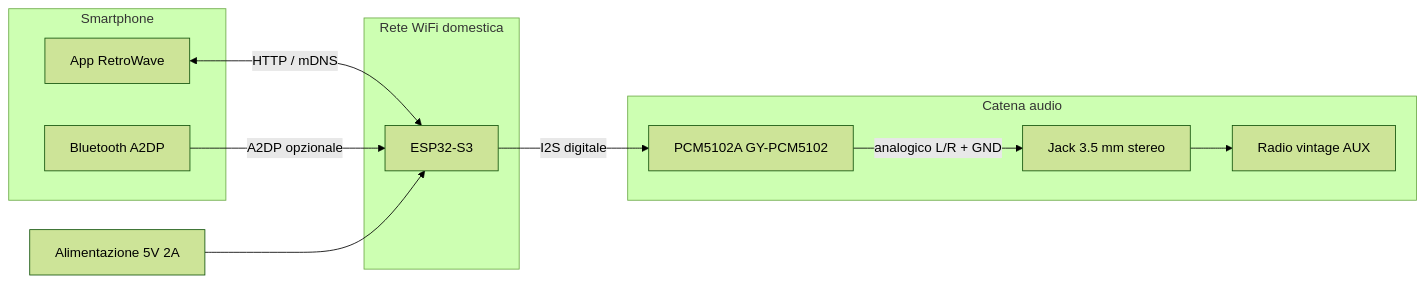
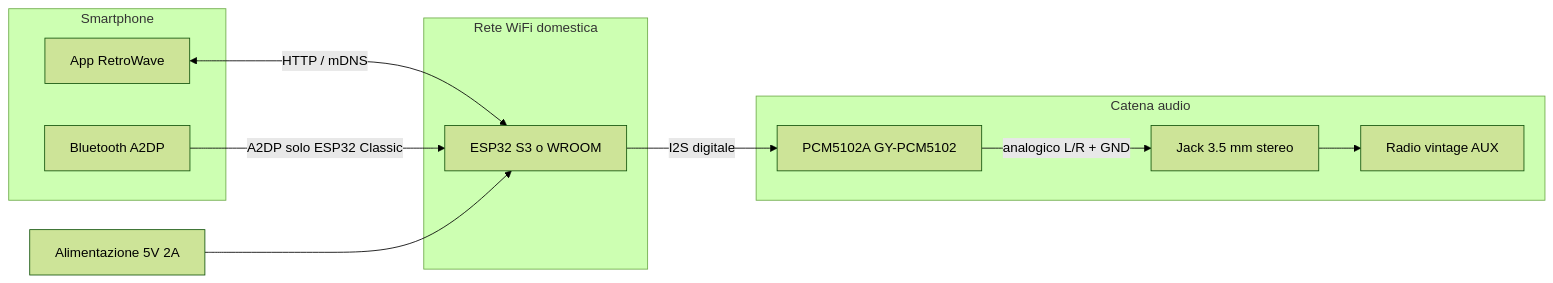
The first of 2 diagrams in docs/schema-collegamento-retrowave.md (house79-gex/retrowave), drawn with Mermaid (forest theme) before and after one commit. The commit also changed other lines of this file and 68 other files, not shown here.

````diff
--- a/docs/schema-collegamento-retrowave.md
+++ b/docs/schema-collegamento-retrowave.md
@@ -57,24 +73,24 @@
 ```mermaid
 flowchart LR
   subgraph Smartphone
     APP[App RetroWave]
     BT[Bluetooth A2DP]
   end
 
   subgraph LAN["Rete WiFi domestica"]
-    ESP[ESP32-S3]
+    ESP[ESP32 S3 o WROOM]
   end
 
   subgraph Audio["Catena audio"]
     DAC[PCM5102A GY-PCM5102]
     JACK[Jack 3.5 mm stereo]
     RADIO[Radio vintage AUX]
   end
 
   APP <-->|HTTP / mDNS| ESP
-  BT -->|A2DP opzionale| ESP
+  BT -->|A2DP solo ESP32 Classic| ESP
   ESP -->|I2S digitale| DAC
   DAC -->|analogico L/R + GND| JACK --> RADIO
 
   PWR[Alimentazione 5V 2A] --> ESP
 ```
````
